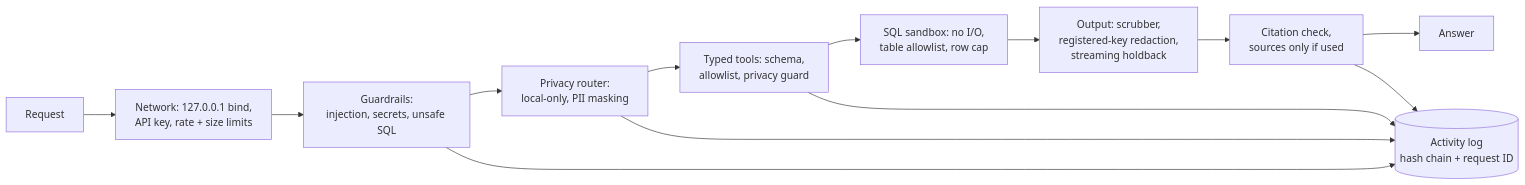
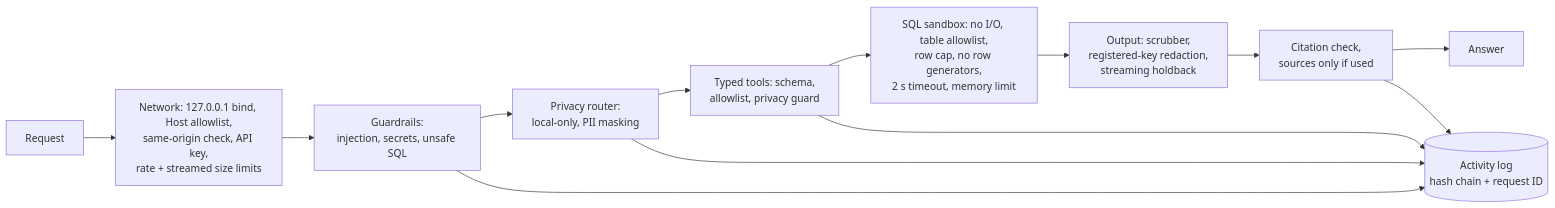
One commit to GopalGB/rag-analytics-assistant changed the seventh of 8 diagrams in docs/ARCHITECTURE.md. Above: the diagram before and after it, drawn with Mermaid. The commit also changed other lines of this file and 47 other files, not shown here.

````diff
--- a/docs/ARCHITECTURE.md
+++ b/docs/ARCHITECTURE.md
@@ -274,12 +274,12 @@
 ```mermaid
 flowchart LR
-    IN[Request] --> L1[Network: 127.0.0.1 bind,<br/>API key, rate + size limits]
+    IN[Request] --> L1[Network: 127.0.0.1 bind, Host allowlist,<br/>same-origin check, API key,<br/>rate + streamed size limits]
     L1 --> L2[Guardrails:<br/>injection, secrets, unsafe SQL]
     L2 --> L3[Privacy router:<br/>local-only, PII masking]
     L3 --> L4[Typed tools: schema,<br/>allowlist, privacy guard]
-    L4 --> L5[SQL sandbox: no I/O,<br/>table allowlist, row cap]
+    L4 --> L5[SQL sandbox: no I/O, table allowlist,<br/>row cap, no row generators,<br/>2 s timeout, memory limit]
     L5 --> L6[Output: scrubber,<br/>registered-key redaction,<br/>streaming holdback]
     L6 --> L7[Citation check,<br/>sources only if used]
     L7 --> OUT[Answer]
     L2 & L3 & L4 & L7 --> AUD[(Activity log<br/>hash chain + request ID)]
 ```
````
